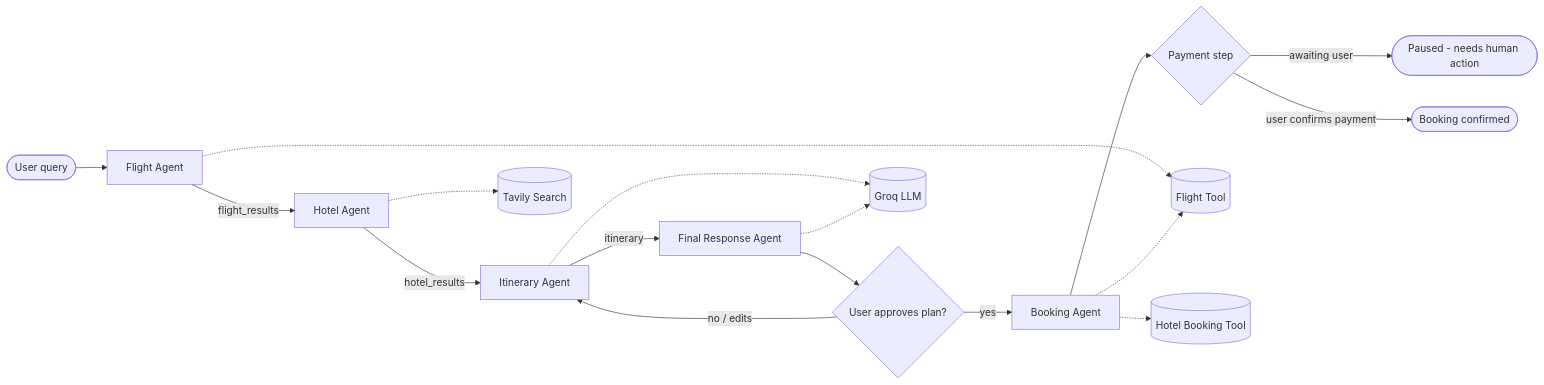
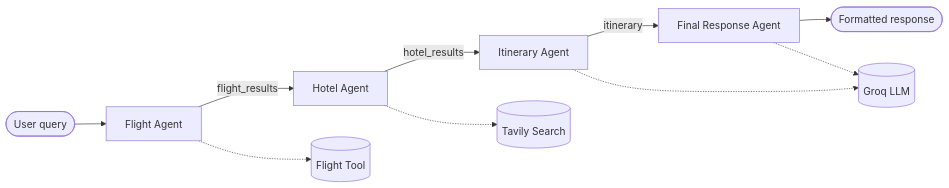
Before and after one commit to akkiyolo/Tripora: the diagram in README.md, drawn with Mermaid. The commit also changed other lines of this file, not shown here.

````diff
--- a/README.md
+++ b/README.md
@@ -15,20 +15,13 @@
 ```mermaid
 graph LR
     START([User query]) --> FA[Flight Agent]
     FA -->|flight_results| HA[Hotel Agent]
     HA -->|hotel_results| IA[Itinerary Agent]
     IA -->|itinerary| FN[Final Response Agent]
-    FN --> APPROVE{User approves plan?}
-    APPROVE -->|yes| BA[Booking Agent]
-    APPROVE -->|no / edits| IA
-    BA --> PAY{Payment step}
-    PAY -->|awaiting user| HOLD([Paused - needs human action])
-    PAY -->|user confirms payment| END([Booking confirmed])
+    FN --> END([Formatted response])
 
     FA -.-> FT[(Flight Tool)]
     HA -.-> TT[(Tavily Search)]
     IA -.-> LLM[(Groq LLM)]
     FN -.-> LLM
-    BA -.-> FT
-    BA -.-> HT[(Hotel Booking Tool)]
 ```
````
